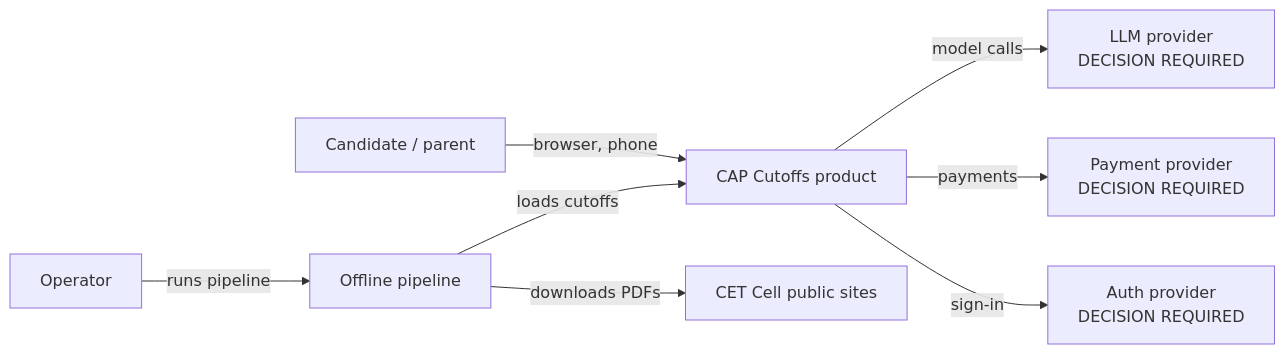
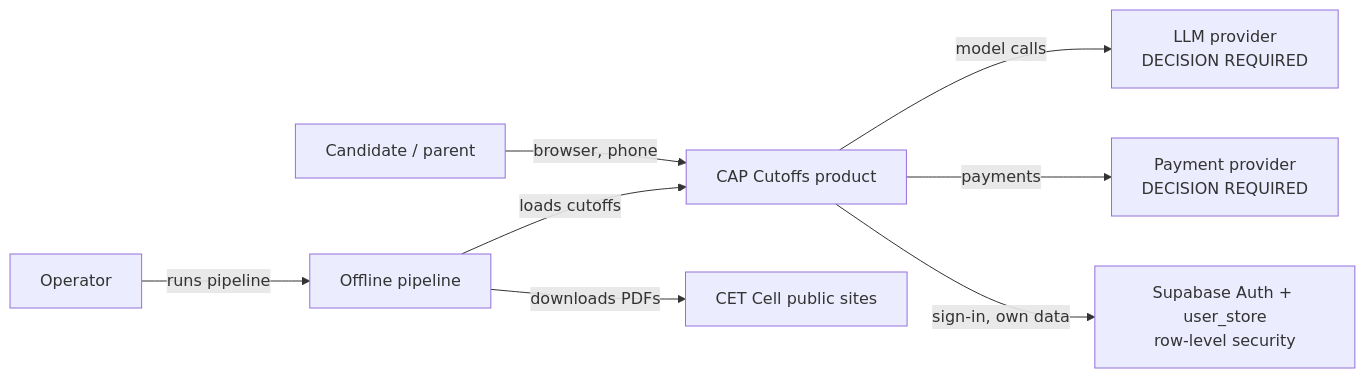
The first of 5 diagrams in docs/02-architecture/system-architecture.md (dambhore-web/mhtcet-cap-analysis), drawn with Mermaid before and after one commit. The commit also changed 27 other files, not shown here.

First line of the commit message:
feat(auth): Google sign-in with Supabase Auth and account sync

````diff
--- a/docs/02-architecture/system-architecture.md
+++ b/docs/02-architecture/system-architecture.md
@@ -6,10 +6,10 @@
 ```mermaid
 flowchart LR
   U[Candidate / parent] -->|browser, phone| APP[CAP Cutoffs product]
   APP -->|model calls| LLM[LLM provider<br/>DECISION REQUIRED]
   APP -->|payments| PAY[Payment provider<br/>DECISION REQUIRED]
-  APP -->|sign-in| AUTH[Auth provider<br/>DECISION REQUIRED]
+  APP -->|sign-in, own data| AUTH[Supabase Auth + user_store<br/>row-level security]
   OP[Operator] -->|runs pipeline| PIPE[Offline pipeline]
   PIPE -->|downloads PDFs| CET[CET Cell public sites]
   PIPE -->|loads cutoffs| APP
 ```
````
